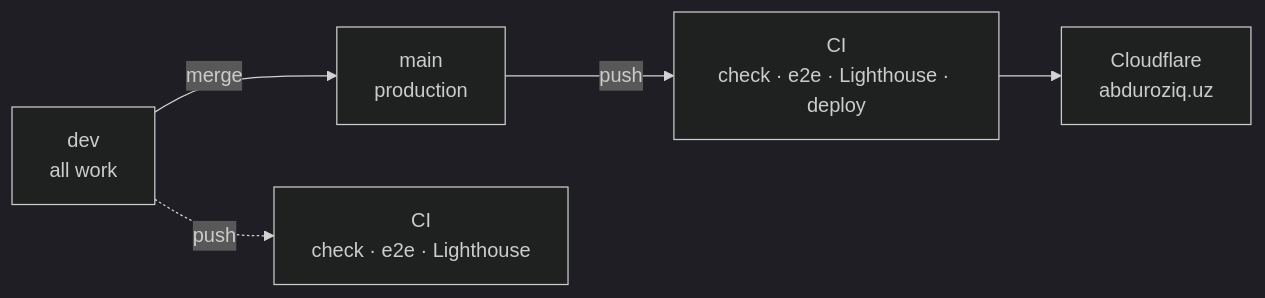
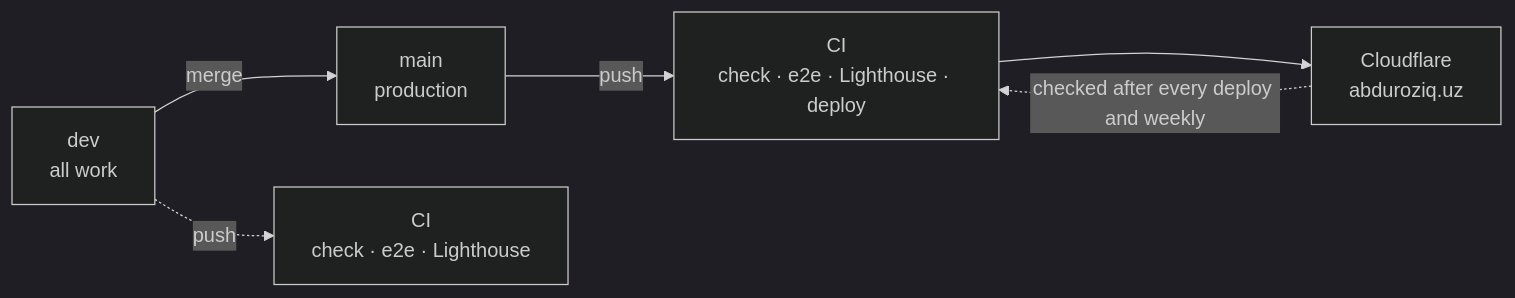
The diagram in README.md (blogchik/abduroziq.uz), drawn with Mermaid (dark theme) before and after one commit. The commit also changed other lines of this file and 12 other files, not shown here.

````diff
--- a/README.md
+++ b/README.md
@@ -152,7 +152,8 @@
 ```mermaid
 flowchart LR
     A["dev<br/>all work"] -->|merge| B["main<br/>production"]
     A -. push .-> C["CI<br/>check · e2e · Lighthouse"]
     B -->|push| D["CI<br/>check · e2e · Lighthouse · deploy"]
     D --> E["Cloudflare<br/>abduroziq.uz"]
+    E -. checked after every deploy and weekly .-> D
 ```
````
